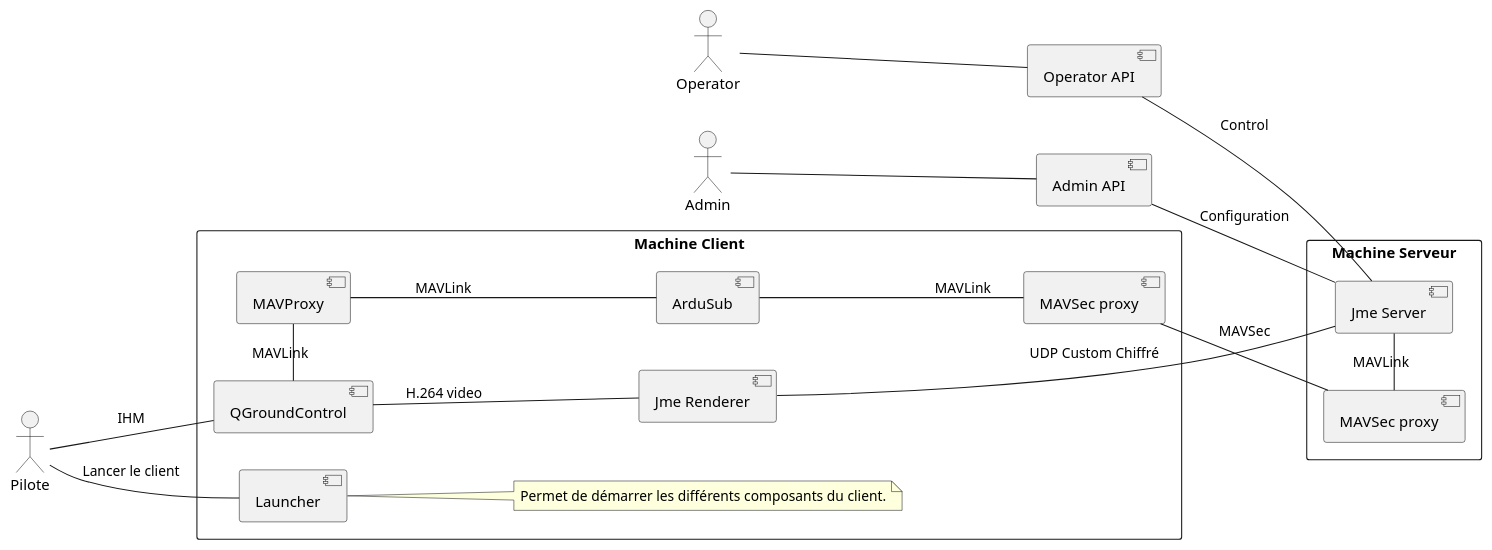
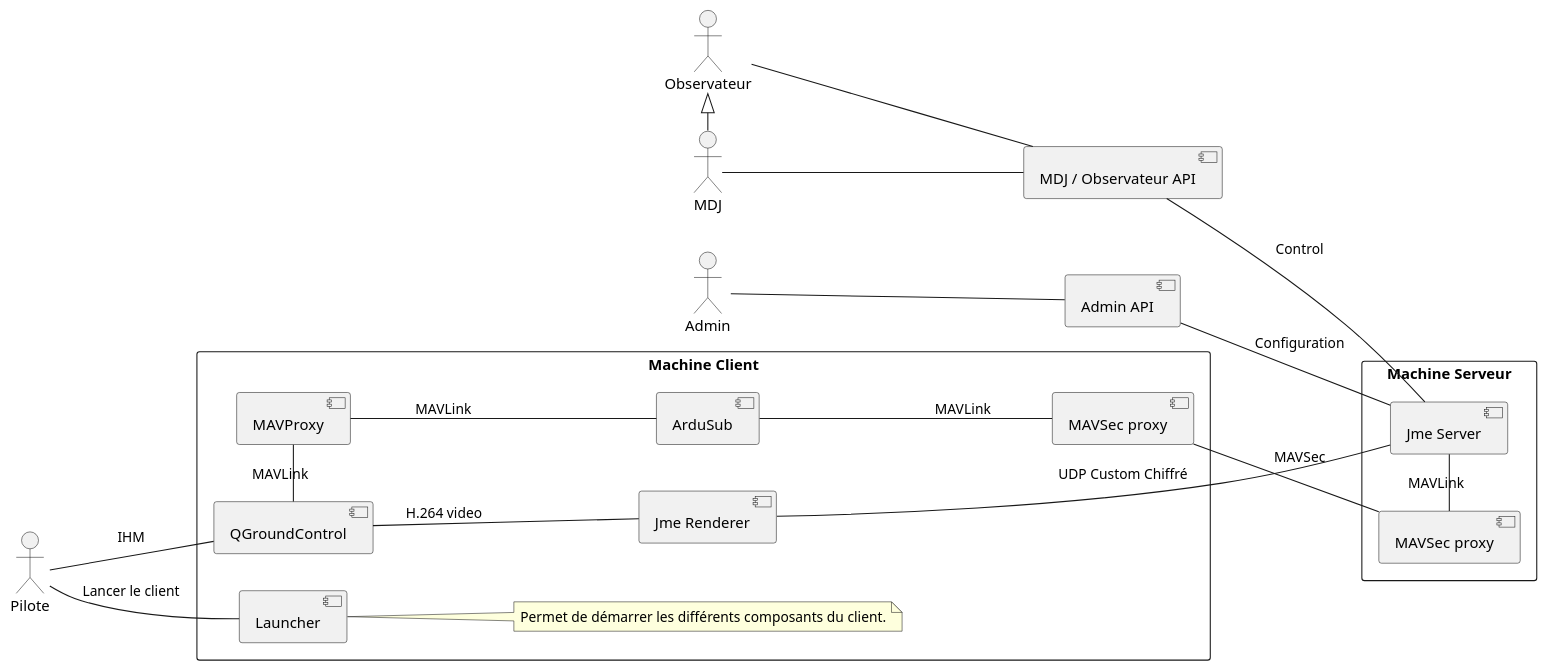
The diagram in doc/ardupilot_client_components.puml (tombartos/SAE-DRONE), drawn with PlantUML before and after one commit. The commit also changed 1 other file, not shown here.

Commit message:
changed apis and added observaterur to components diagrams

```diff
--- a/doc/ardupilot_client_components.puml
+++ b/doc/ardupilot_client_components.puml
@@ -1,44 +1,49 @@
 @startuml
 
 left to right direction
 
 actor Pilote
-actor Operator
+actor MDJ
 actor Admin
+actor Observateur
+
+MDJ -left-|> Observateur
 
 rectangle "Machine Client" {
     component Launcher
     component QGroundControl
     component MAVProxy
     component ArduSub
     component "Jme Renderer" as JmeRenderer
     component "MAVSec proxy" as SecProxy1
 
     Pilote -- QGroundControl : IHM
     Pilote -- Launcher : Lancer le client
     note right of Launcher
         Permet de démarrer les différents composants du client.
     end note
     QGroundControl -left- MAVProxy : MAVLink
     MAVProxy -- ArduSub : MAVLink
     ArduSub -- SecProxy1 : MAVLink
     QGroundControl -down- JmeRenderer : H.264 video
 }
 
-component "Operator API" as OperatorClient
+component "MDJ / Observateur API" as MDJAPI
 component "Admin API" as AdminClient
+
 
 rectangle "Machine Serveur" {
     component "Jme Server" as JmeServer
     component "MAVSec proxy" as SecProxy2
 
     JmeRenderer -- JmeServer : UDP Custom Chiffré
-    OperatorClient -- JmeServer : Control
+    MDJAPI -- JmeServer : Control
     AdminClient -- JmeServer : Configuration
     SecProxy1 -- SecProxy2 : MAVSec
     SecProxy2 -left- JmeServer : MAVLink
 }
-Operator -- OperatorClient
+MDJ -- MDJAPI
 Admin -- AdminClient
+Observateur -- MDJAPI
 
 @enduml
```
